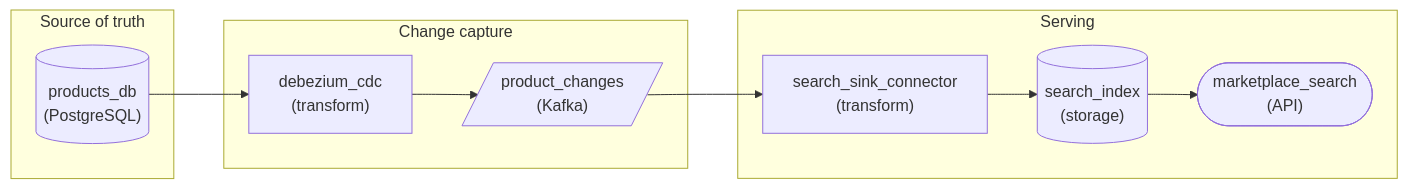
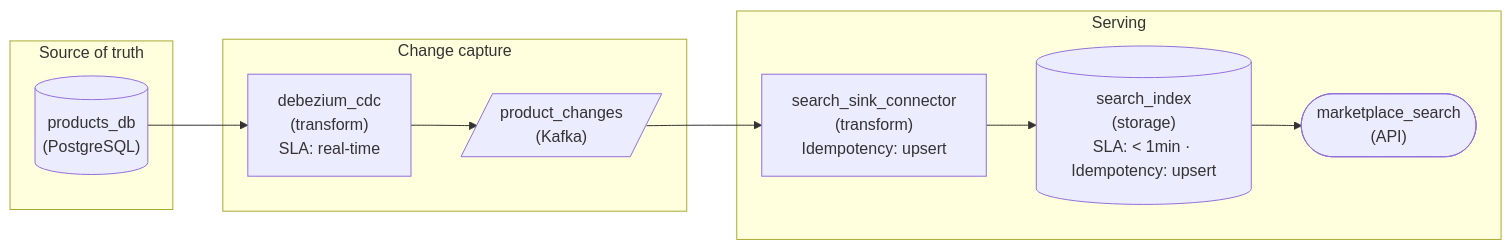
The second of 2 diagrams in lesson_preview/interview/architecture/pa_pattern_cdc_dual_writes.md (Dulain-Willis/study-helper), drawn with Mermaid before and after one commit. The commit also changed other lines of this file and 26 other files, not shown here.

First line of the commit message:
Mermaid diagrams: show tags and extra values inside each node (#43)

````diff
--- a/lesson_preview/interview/architecture/pa_pattern_cdc_dual_writes.md
+++ b/lesson_preview/interview/architecture/pa_pattern_cdc_dual_writes.md
@@ -644,20 +644,20 @@
 ```mermaid
 flowchart LR
     subgraph L0["Source of truth"]
         n0[("products_db<br/>(PostgreSQL)")]
     end
     subgraph L1["Change capture"]
-        n1["debezium_cdc<br/>(transform)"]
+        n1["debezium_cdc<br/>(transform)<br/>SLA: real-time"]
         n2[/"product_changes<br/>(Kafka)"/]
     end
     subgraph L2["Serving"]
-        n3["search_sink_connector<br/>(transform)"]
-        n4[("search_index<br/>(storage)")]
+        n3["search_sink_connector<br/>(transform)<br/>Idempotency: upsert"]
+        n4[("search_index<br/>(storage)<br/>SLA: #60; 1min · Idempotency: upsert")]
         n5(["marketplace_search<br/>(API)"])
     end
     n0 --> n1
     n1 --> n2
     n2 --> n3
     n3 --> n4
     n4 --> n5
 ```
````
